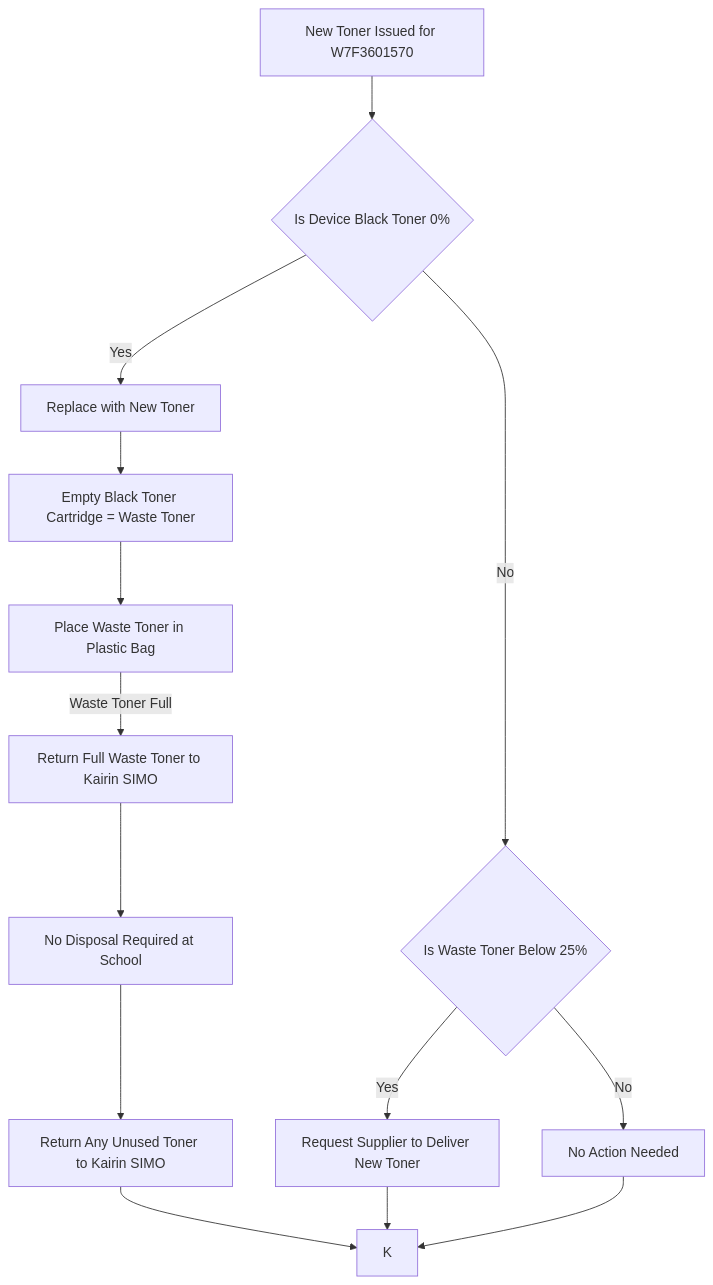
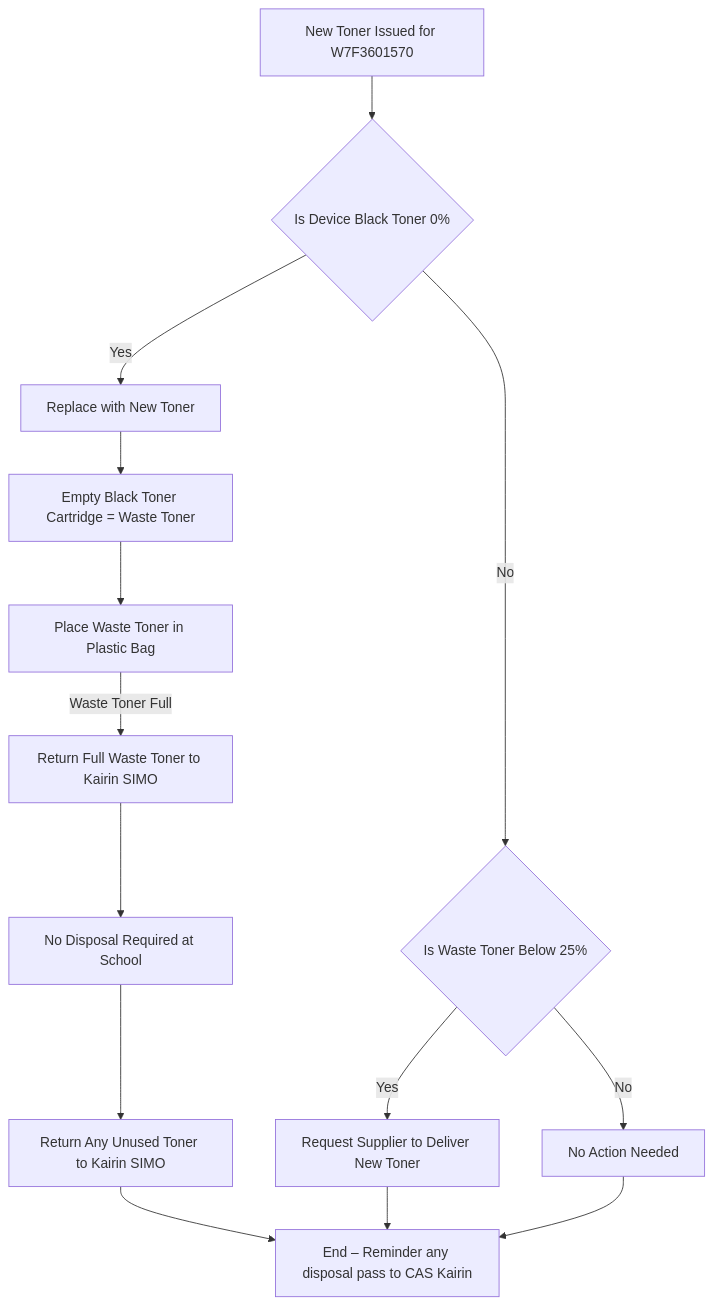
Before and after one commit to kairin/mermaid: the diagram in CAS/Kyocera/disposal.md, drawn with Mermaid.

````diff
--- a/CAS/Kyocera/disposal.md
+++ b/CAS/Kyocera/disposal.md
@@ -1,16 +1,16 @@
 ```mermaid
 graph TD
     A[New Toner Issued for W7F3601570] --> B{Is Device Black Toner 0%}
     B -- Yes --> C[Replace with New Toner]
     B -- No --> L{Is Waste Toner Below 25%}
     C --> D[Empty Black Toner Cartridge = Waste Toner]
     D --> E[Place Waste Toner in Plastic Bag]
     E -- Waste Toner Full --> G[Return Full Waste Toner to Kairin SIMO]
     G --> H[No Disposal Required at School]
     H --> I[Return Any Unused Toner to Kairin SIMO]
     L -- Yes --> M[Request Supplier to Deliver New Toner]
     L -- No --> J[No Action Needed]
-    J --> K
+    J --> K[End – Reminder any disposal pass to CAS Kairin]
     I --> K
     M --> K
 ```
````
